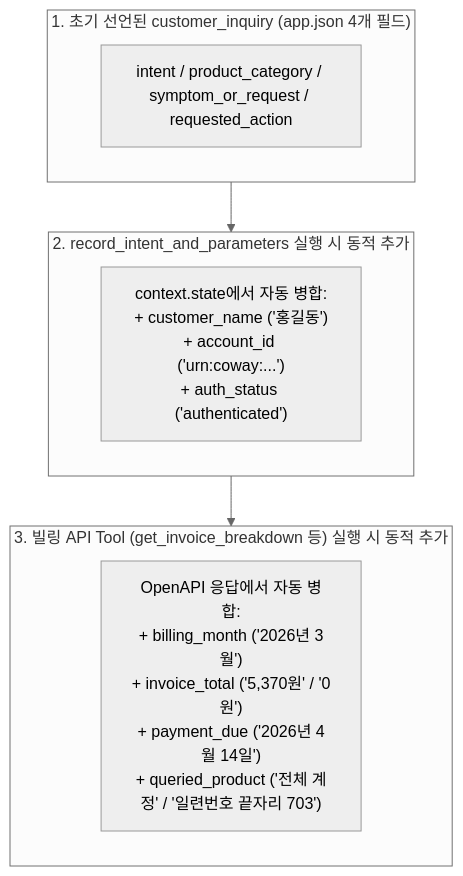
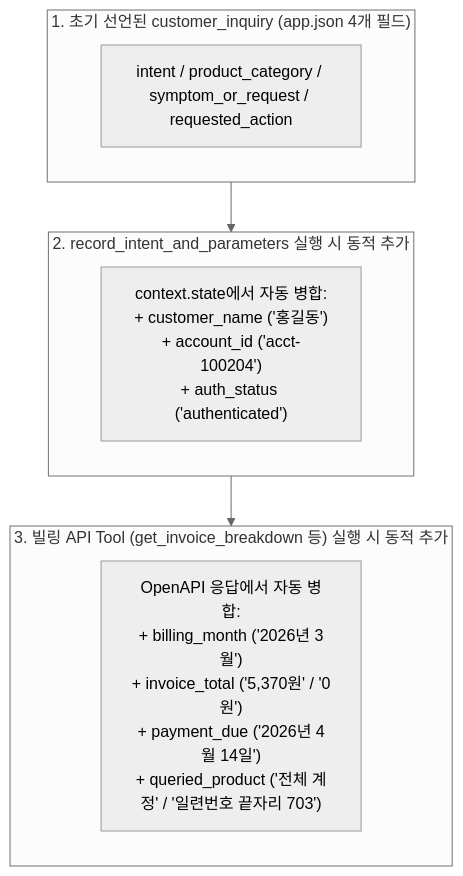
The third of 3 diagrams in README.md (Jhko0404/gecx-agent-patterns), drawn with Mermaid (neutral theme) before and after one commit. The commit also changed other lines of this file and 2 other files, not shown here.

Commit message:
Docs: generalize guide for multi-customer reference and remove unused image

````diff
--- a/README.md
+++ b/README.md
@@ -254,16 +256,16 @@
 ```mermaid
 flowchart TB
     subgraph Init["1. 초기 선언된 customer_inquiry (app.json 4개 필드)"]
         F1["intent / product_category / symptom_or_request / requested_action"]
     end
 
     subgraph Merge1["2. record_intent_and_parameters 실행 시 동적 추가"]
-        C1["context.state에서 자동 병합:\n+ customer_name ('홍길동')\n+ account_id ('urn:coway:...')\n+ auth_status ('authenticated')"]
+        C1["context.state에서 자동 병합:\n+ customer_name ('홍길동')\n+ account_id ('acct-100204')\n+ auth_status ('authenticated')"]
     end
 
     subgraph Merge2["3. 빌링 API Tool (get_invoice_breakdown 등) 실행 시 동적 추가"]
         A1["OpenAPI 응답에서 자동 병합:\n+ billing_month ('2026년 3월')\n+ invoice_total ('5,370원' / '0원')\n+ payment_due ('2026년 4월 14일')\n+ queried_product ('전체 계정' / '일련번호 끝자리 703')"]
     end
 
     Init --> Merge1 --> Merge2
 ```
````
